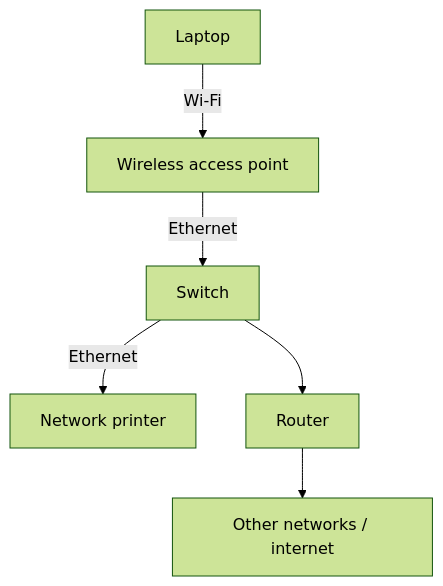
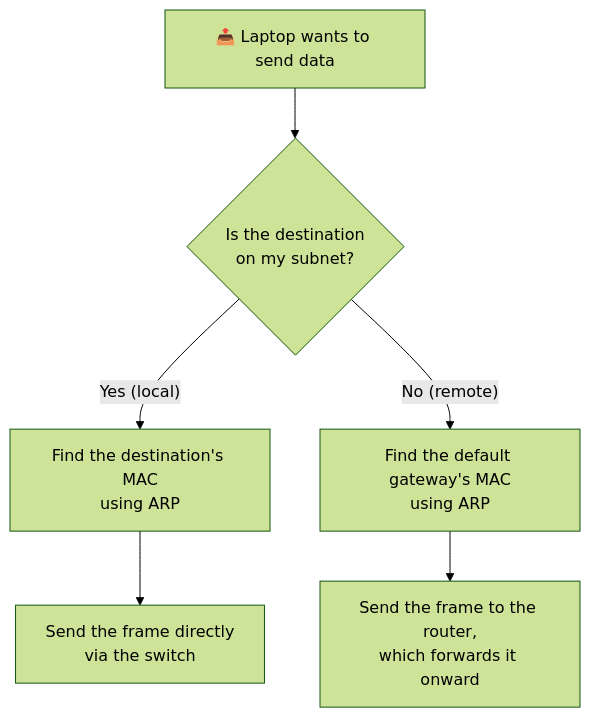
One commit to ai-mini-repository/Hardware-networks-and-behavioristAI changed the third of 6 diagrams in content/how-devices-communicate-on-a-local.md. Above: the diagram before and after it, drawn with Mermaid (forest theme). The commit also changed other lines of this file, not shown here.

Commit message:
how-devices-communicate-on-a-local.md

````diff
--- a/content/how-devices-communicate-on-a-local.md
+++ b/content/how-devices-communicate-on-a-local.md
@@ -44,8 +235,8 @@
 ```mermaid
 flowchart TD
-    A["Laptop"] -->|"Wi-Fi"| B["Wireless access point"]
-    B -->|"Ethernet"| C["Switch"]
-    C -->|"Ethernet"| D["Network printer"]
-    C --> E["Router"]
-    E --> F["Other networks / internet"]
+    A["📤 Laptop wants to send data"] --> B{"Is the destination<br/>on my subnet?"}
+    B -- "Yes (local)" --> C["Find the destination's MAC<br/>using ARP"]
+    C --> D["Send the frame directly<br/>via the switch"]
+    B -- "No (remote)" --> E["Find the default gateway's MAC<br/>using ARP"]
+    E --> F["Send the frame to the router,<br/>which forwards it onward"]
 ```
````
